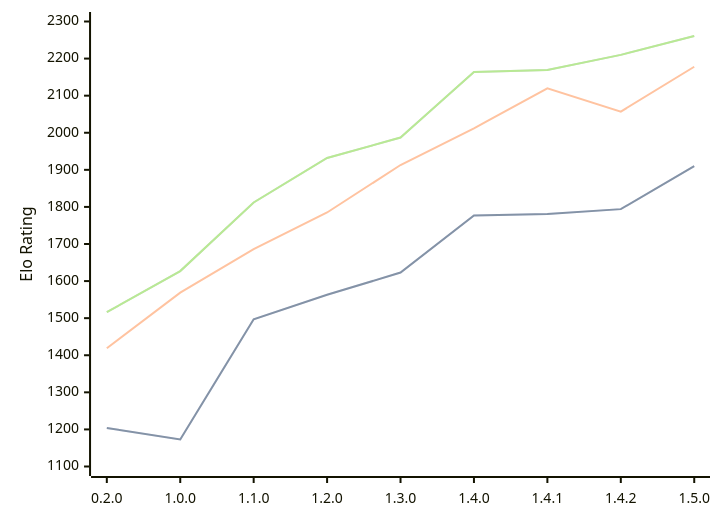
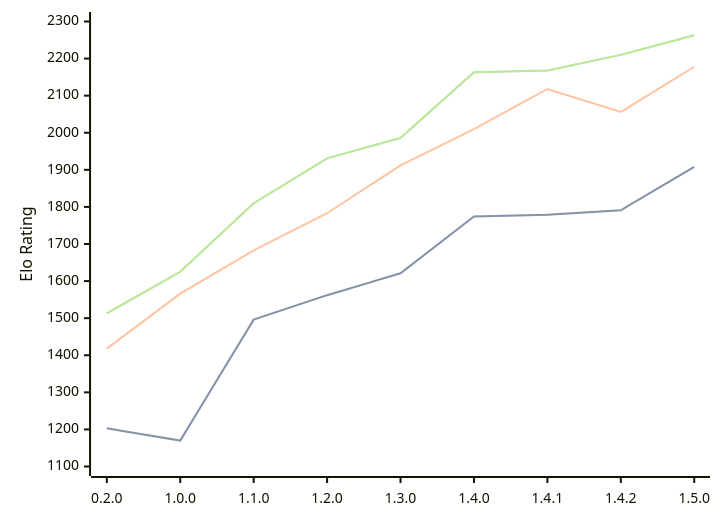
The diagram in engines/Zeppelin.md (computer-chess-index/cci), drawn with Mermaid before and after one commit. The commit also changed other lines of this file, not shown here.

Commit message:
Update CCI Ratings (ELO VLTC) - 2026-05-22

````diff
--- a/engines/Zeppelin.md
+++ b/engines/Zeppelin.md
@@ -41,11 +41,11 @@
 ```mermaid
 %%{init: {"theme":"base","themeVariables":{"seriesColors:['#a3a3a3','#222221','#faa371']}}}%%
 xychart-beta
   x-axis ["0.2.0", "1.0.0", "1.1.0", "1.2.0", "1.3.0", "1.4.0", "1.4.1", "1.4.2", "1.5.0"]
   y-axis "Elo Rating" 1100 --> 2300
-  line "STC (8.0+0.08s)" [1204, 1173, 1497, 1563, 1623, 1777, 1781, 1794, 1910]
-  line "STC (8.0+0.08s)" [1204, 1173, 1497, 1563, 1623, 1777, 1781, 1794, 1910]
-  line "LTC (60.0+0.60s)" [1419, 1569, 1686, 1785, 1913, 2012, 2120, 2057, 2178]
-  line "VLTC (2m24s+1.12s)" [1516, 1627, 1812, 1932, 1987, 2164, 2169, 2210, 2261]
-  line "VLTC (2m24s+1.12s)" [1516, 1627, 1812, 1932, 1987, 2164, 2169, 2210, 2261]
+  line "STC (8.0+0.08s)" [1203, 1170, 1496, 1562, 1621, 1774, 1779, 1791, 1908]
+  line "STC (8.0+0.08s)" [1203, 1170, 1496, 1562, 1621, 1774, 1779, 1791, 1908]
+  line "LTC (60.0+0.60s)" [1418, 1566, 1683, 1783, 1912, 2010, 2118, 2056, 2178]
+  line "VLTC (2m24s+1.12s)" [1513, 1625, 1810, 1931, 1986, 2163, 2168, 2210, 2263]
+  line "VLTC (2m24s+1.12s)" [1513, 1625, 1810, 1931, 1986, 2163, 2168, 2210, 2263]
 ```
````
